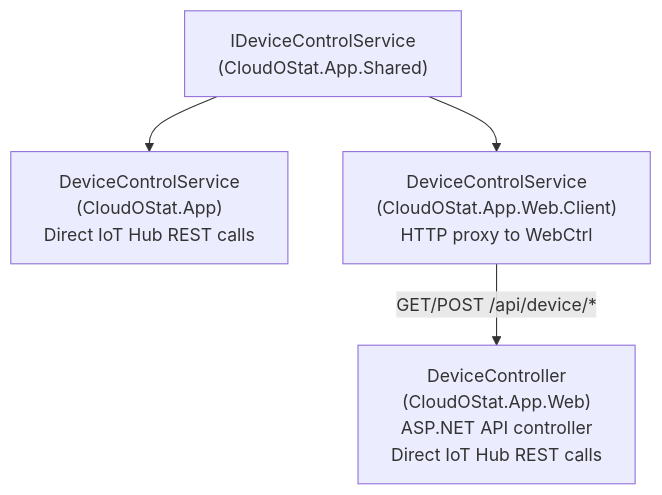
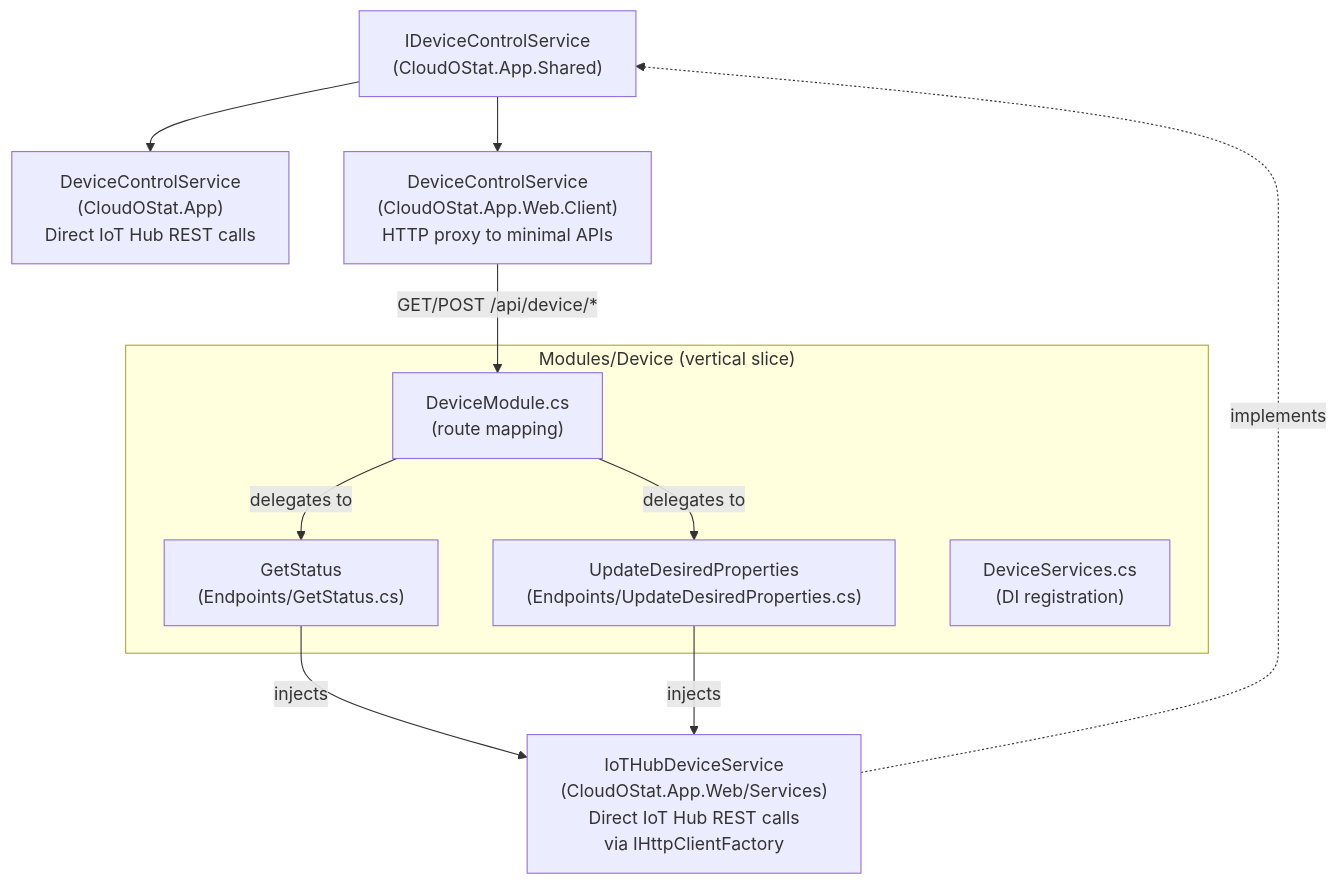
Before and after one commit to devingoble/CloudOStat: the diagram in lode/architecture/iot-hub-auth.md, drawn with Mermaid. The commit also changed other lines of this file and 9 other files, not shown here.

Commit message:
Update architecture to use minimal APIs and endpoints.

````diff
--- a/lode/architecture/iot-hub-auth.md
+++ b/lode/architecture/iot-hub-auth.md
@@ -45,11 +45,23 @@
 ```mermaid
 flowchart TD
     IDeviceControlService["IDeviceControlService\n(CloudOStat.App.Shared)"]
     MauiSvc["DeviceControlService\n(CloudOStat.App)\nDirect IoT Hub REST calls"]
-    WebCtrl["DeviceController\n(CloudOStat.App.Web)\nASP.NET API controller\nDirect IoT Hub REST calls"]
-    WasmSvc["DeviceControlService\n(CloudOStat.App.Web.Client)\nHTTP proxy to WebCtrl"]
+    WebSvc["IoTHubDeviceService\n(CloudOStat.App.Web/Services)\nDirect IoT Hub REST calls\nvia IHttpClientFactory"]
+    WasmSvc["DeviceControlService\n(CloudOStat.App.Web.Client)\nHTTP proxy to minimal APIs"]
+
+    subgraph DeviceModule["Modules/Device (vertical slice)"]
+        GetStatus["GetStatus\n(Endpoints/GetStatus.cs)"]
+        UpdateDesired["UpdateDesiredProperties\n(Endpoints/UpdateDesiredProperties.cs)"]
+        Module["DeviceModule.cs\n(route mapping)"]
+        Services["DeviceServices.cs\n(DI registration)"]
+    end
 
     IDeviceControlService --> MauiSvc
     IDeviceControlService --> WasmSvc
-    WasmSvc -->|"GET/POST /api/device/*"| WebCtrl
+    WebSvc -.->|implements| IDeviceControlService
+    GetStatus -->|injects| WebSvc
+    UpdateDesired -->|injects| WebSvc
+    Module -->|delegates to| GetStatus
+    Module -->|delegates to| UpdateDesired
+    WasmSvc -->|"GET/POST /api/device/*"| Module
 ```
````
